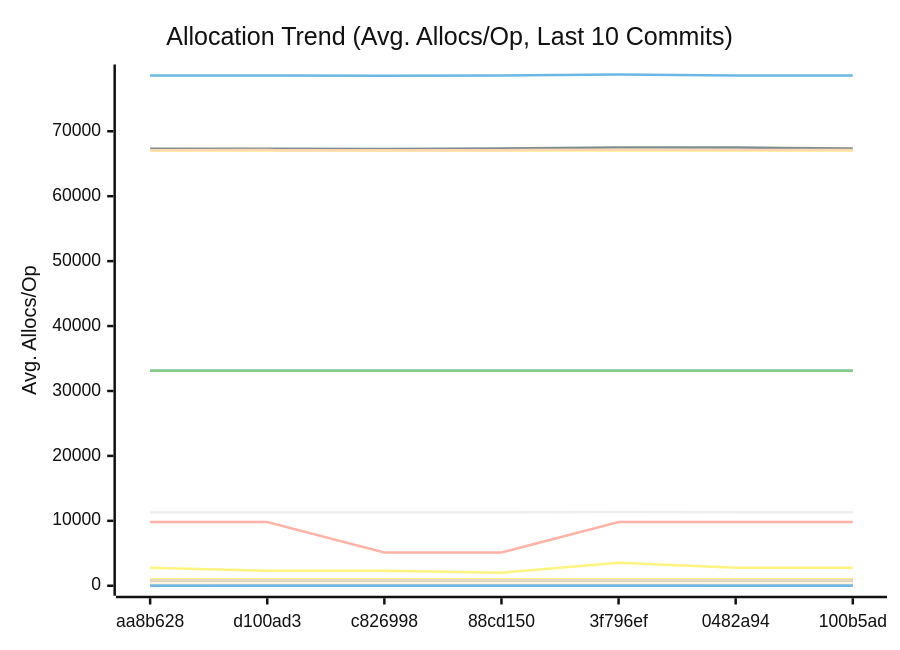
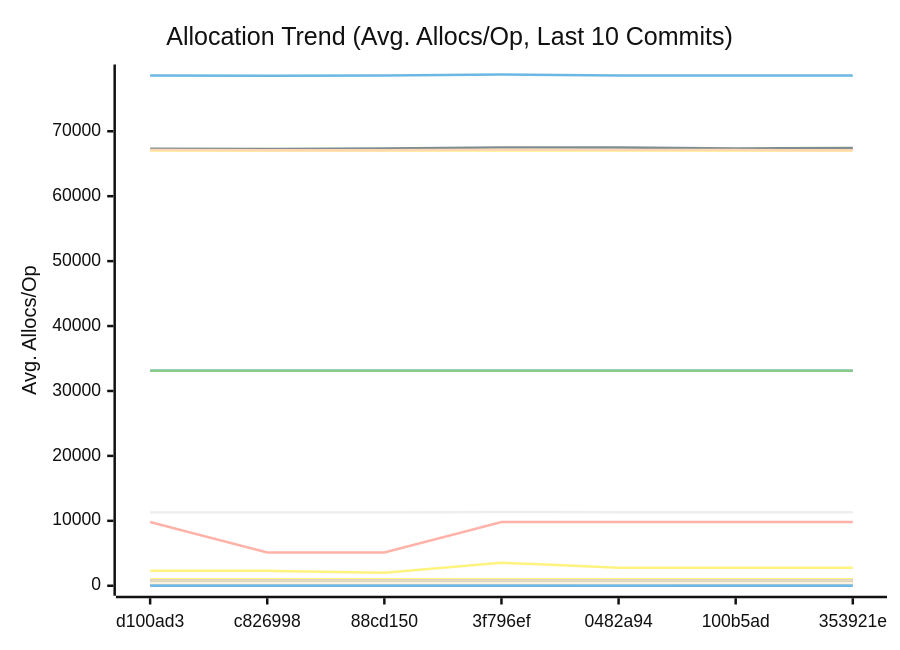
One commit to alsotoes/momo changed the third of 3 diagrams in docs/PERFORMANCE.md. Above: the diagram before and after it, drawn with Mermaid (neutral theme). The commit also changed other lines of this file and 2 other files, not shown here.

````diff
--- a/docs/PERFORMANCE.md
+++ b/docs/PERFORMANCE.md
@@ -348,42 +348,42 @@
 ```mermaid
 xychart-beta
     title "Allocation Trend (Avg. Allocs/Op, Last 10 Commits)"
     x-axis "Commit"
     y-axis "Avg. Allocs/Op"
-    x-axis [aa8b628,d100ad3,c826998,88cd150,3f796ef,0482a94,100b5ad]
-    line "AWSChunkedReaderSigned" [11294,11299,11270,11296,11367,11304,11317,11324,11331,11296]
-    line "AWSChunkedReaderUnsigned" [78583,78586,78564,78579,78745,78578,78592,78605,78609,78579]
+    x-axis [d100ad3,c826998,88cd150,3f796ef,0482a94,100b5ad,353921e]
+    line "AWSChunkedReaderSigned" [11299,11270,11296,11367,11304,11317,11324,11331,11296,11287]
+    line "AWSChunkedReaderUnsigned" [78586,78564,78579,78745,78578,78592,78605,78609,78579,78582]
     line "CheckMetricsAndSwap" [0,0,0,0,0,0,0,0,0,0]
     line "CrushOptimized" [0,0,0,0,0,0,0,0,0,0]
     line "CrushOriginal" [3,3,3,3,3,3,3,3,3,3]
     line "FormatListObjectsV2XML_AppendFormat" [16,16,16,16,16,16,16,16,16,16]
     line "FormatListObjectsV2XML_OldFormat" [1000,1000,1000,1000,1000,1000,1000,1000,1000,1000]
     line "HashBytes/1MiB" [64,64,64,64,64,64,64,64,64,64]
     line "HashBytes/256MiB" [64,64,64,64,64,64,64,64,64,64]
     line "HashBytes/64MiB" [64,64,64,64,64,64,64,64,64,64]
-    line "HashFile/1MiB" [33128,33128,33128,33112,33128,33128,33128,33128,33128,33128]
+    line "HashFile/1MiB" [33128,33128,33112,33128,33128,33128,33128,33128,33128,33128]
     line "HashFile/256MiB" [33128,33128,33128,33128,33128,33128,33128,33128,33128,33128]
-    line "HashFile/64MiB" [33128,33128,33128,33128,33128,33128,33128,33128,33128,33137]
+    line "HashFile/64MiB" [33128,33128,33128,33128,33128,33128,33128,33128,33137,33128]
     line "IndexDirectTracking" [0,0,0,0,0,0,0,0,0,0]
     line "IndexSearch" [0,0,0,0,0,0,0,0,0,0]
     line "LoadGlobalConfig" [58,58,58,58,58,58,58,58,58,58]
-    line "LocalWrite/1MiB" [67032,67030,67028,67031,67037,67034,67030,67036,67036,67029]
-    line "LocalWrite/256MiB" [67326,67317,67268,67358,67518,67492,67349,67409,67379,67372]
-    line "LocalWrite/64MiB" [67085,67097,67071,67089,67157,67097,67104,67086,67092,67077]
+    line "LocalWrite/1MiB" [67030,67028,67031,67037,67034,67030,67036,67036,67029,67028]
+    line "LocalWrite/256MiB" [67317,67268,67358,67518,67492,67349,67409,67379,67372,67383]
+    line "LocalWrite/64MiB" [67097,67071,67089,67157,67097,67104,67086,67092,67077,67052]
     line "PadString" [1,1,1,1,1,1,1,1,1,1]
     line "ParseReplicationOrder_NoPrealloc" [6,6,6,6,6,5,5,5,5,5]
     line "ParseReplicationOrder_Prealloc" [2,2,2,2,2,1,1,1,1,1]
     line "Placement" [6,6,6,6,6,6,6,6,6,6]
     line "PlacementDomainSpread" [6,6,6,6,6,6,6,6,6,6]
-    line "ReadVerify/1MiB" [436,459,457,458,483,437,469,466,470,460]
-    line "ReadVerify/256MiB" [9808,9808,5120,5120,9808,9808,9808,9808,5120,9808]
-    line "ReadVerify/64MiB" [2776,2307,2307,1994,3557,2776,2776,2776,2307,2307]
-    line "S3PutSpool/1MiB" [447,447,447,448,448,447,447,448,447,447]
+    line "ReadVerify/1MiB" [459,457,458,483,437,469,466,470,460,462]
+    line "ReadVerify/256MiB" [9808,5120,5120,9808,9808,9808,9808,5120,9808,5120]
+    line "ReadVerify/64MiB" [2307,2307,1994,3557,2776,2776,2776,2307,2307,2776]
+    line "S3PutSpool/1MiB" [447,447,448,448,447,447,448,447,447,447]
     line "S3PutSpool/256MiB" [448,448,448,448,448,448,448,448,448,448]
     line "S3PutSpool/64MiB" [448,448,448,448,448,448,448,448,448,448]
     line "SanitizeLog/Safe" [0,0,0,0,0,0,0,0,0,0]
     line "SanitizeLog/Unsafe" [1,1,1,1,1,1,1,1,1,1]
-    line "TrustedRead/1MiB" [800,800,825,800,800,800,800,800,800,800]
+    line "TrustedRead/1MiB" [800,825,800,800,800,800,800,800,800,800]
     line "TrustedRead/256MiB" [800,800,800,800,800,800,800,800,800,800]
     line "TrustedRead/64MiB" [800,800,800,800,800,800,800,800,800,800]
 ```
````
